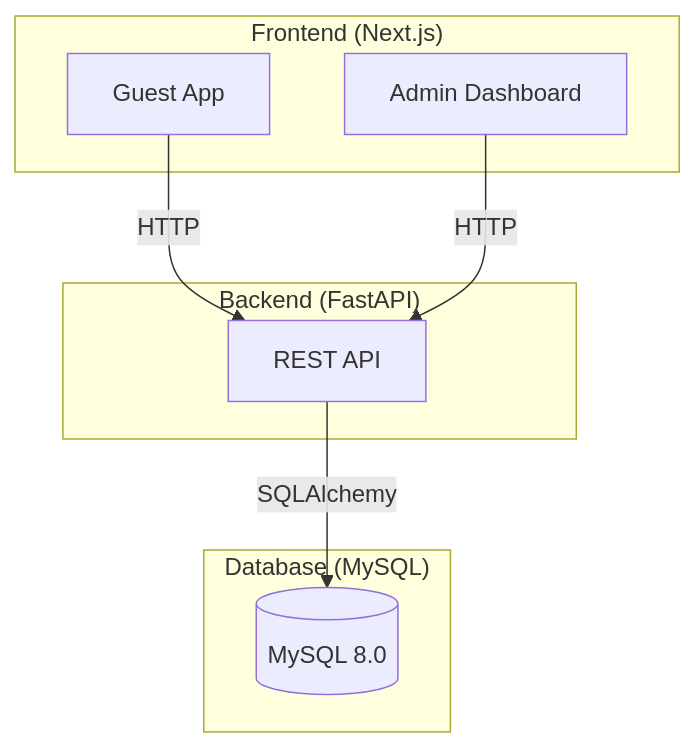
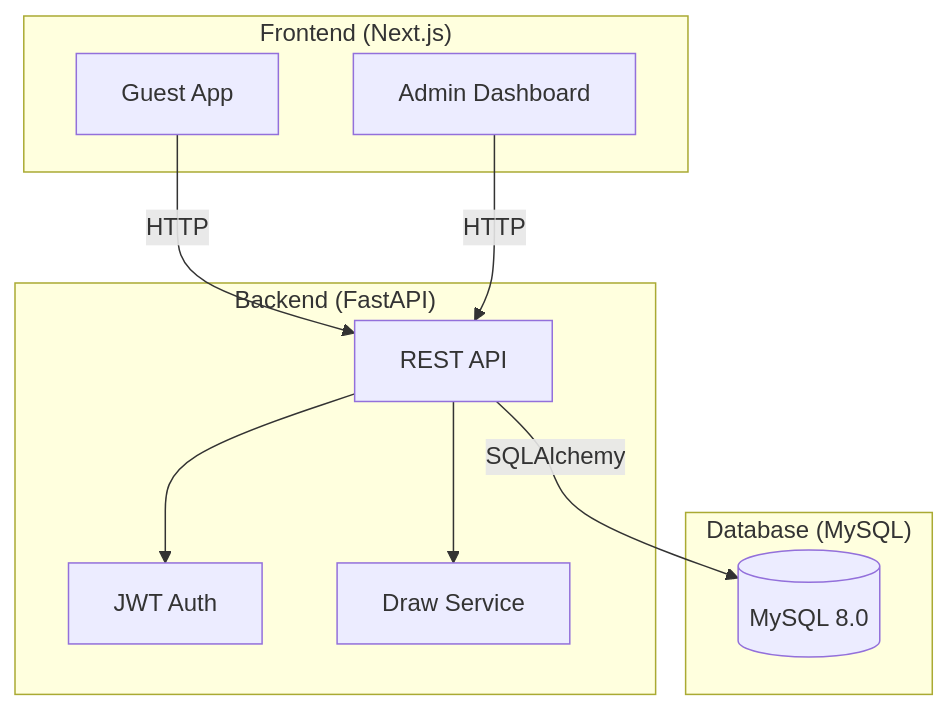
One commit to rabbitglauser/super-lottomatch changed the first of 2 diagrams in docs/PRD.md. Above: the diagram before and after it, drawn with Mermaid. The commit also changed other lines of this file, not shown here.

First line of the commit message:
Adjusted specifications accordingly + included finished ERD

````diff
--- a/docs/PRD.md
+++ b/docs/PRD.md
@@ -69,19 +90,23 @@
 ```mermaid
 graph TB
     subgraph Frontend ["Frontend (Next.js)"]
         GA[Guest App]
         AD[Admin Dashboard]
     end
 
     subgraph Backend ["Backend (FastAPI)"]
         API[REST API]
+        AUTH[JWT Auth]
+        DRAW[Draw Service]
     end
 
     subgraph Database ["Database (MySQL)"]
         DB[(MySQL 8.0)]
     end
 
     GA -->|HTTP| API
     AD -->|HTTP| API
+    API --> AUTH
+    API --> DRAW
     API -->|SQLAlchemy| DB
 ```
````
